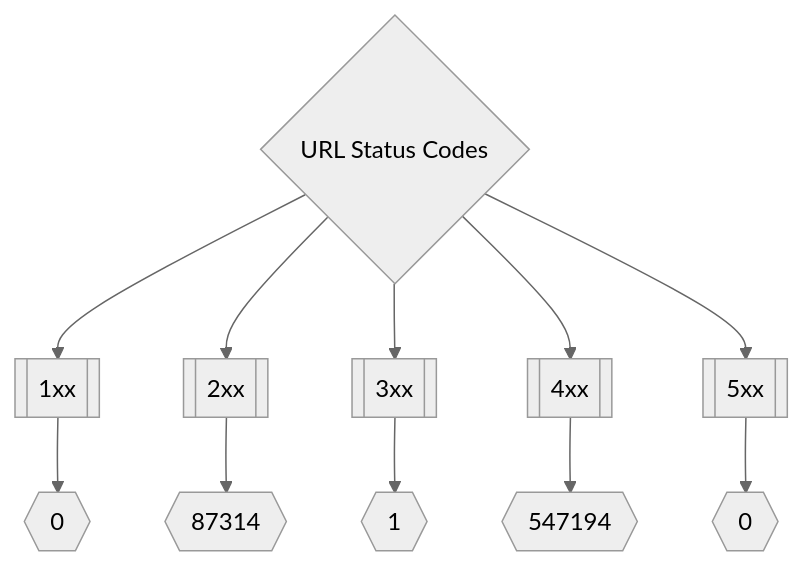
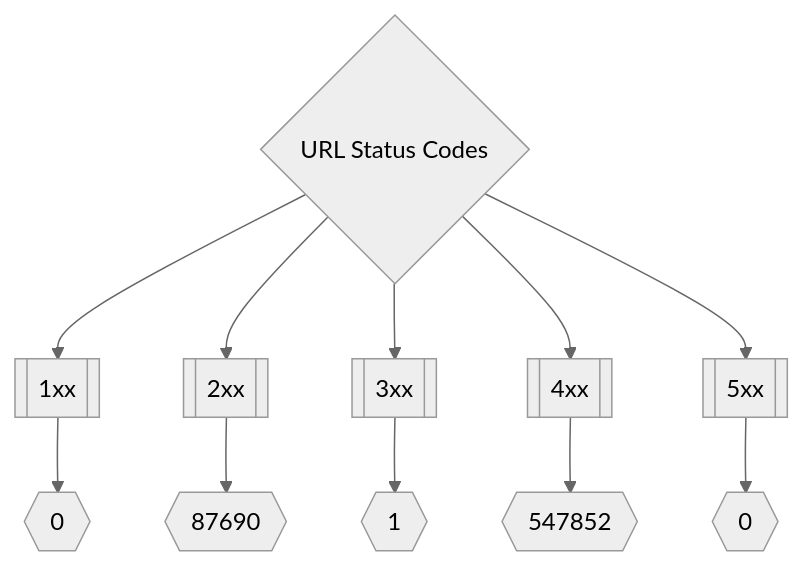
The second of 3 diagrams in README.md (trickest/inventory), drawn with Mermaid (neutral theme) before and after one commit. The commit also changed other lines of this file, not shown here.

Commit message:
Update README.md Sun Jun 12 16:42:33 UTC 2022

````diff
--- a/README.md
+++ b/README.md
@@ -173,8 +173,8 @@
 ```mermaid
 graph TD
 title{URL Status Codes} --> 1xx[[1xx]] --> status1xxNum{{0}}
-title --> 2xx[[2xx]] --> status2xxNum{{87314}}
+title --> 2xx[[2xx]] --> status2xxNum{{87690}}
 title --> 3xx[[3xx]] --> status3xxNum{{1}}
-title --> 4xx[[4xx]] --> status4xxNum{{547194}}
+title --> 4xx[[4xx]] --> status4xxNum{{547852}}
 title --> 5xx[[5xx]] --> status5xxNum{{0}}
 ```
````
